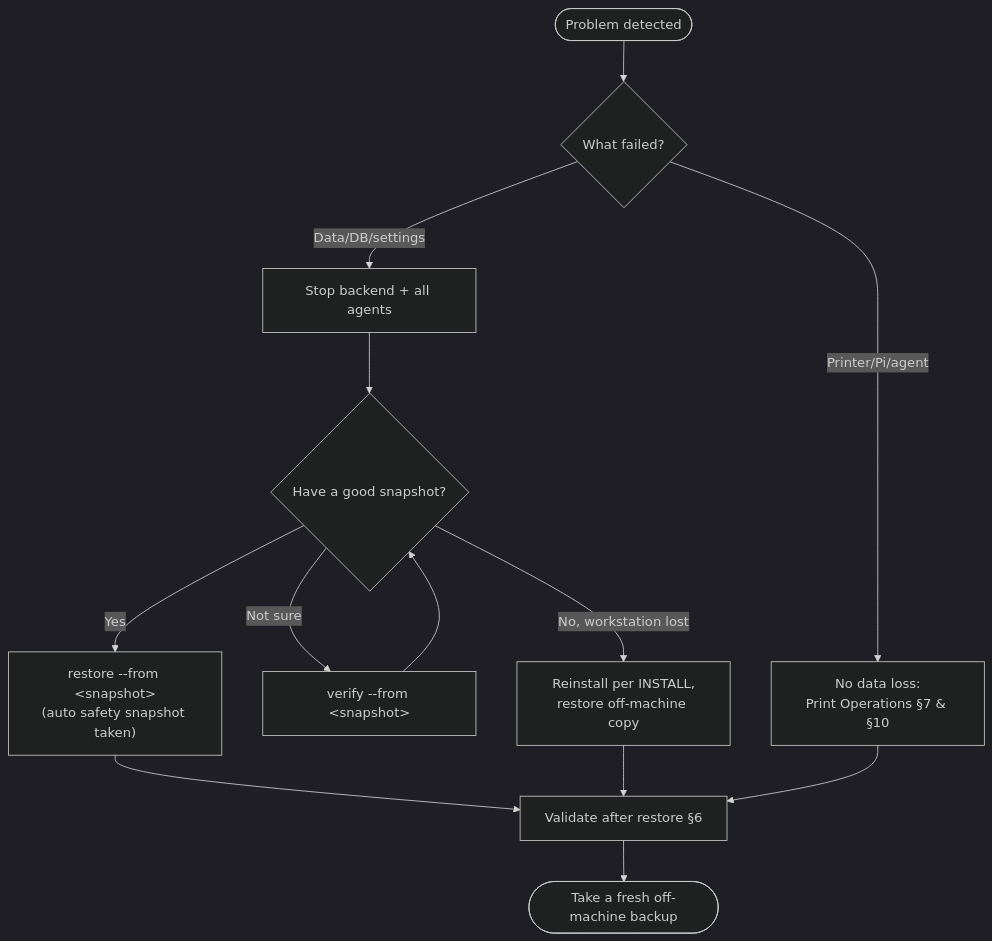
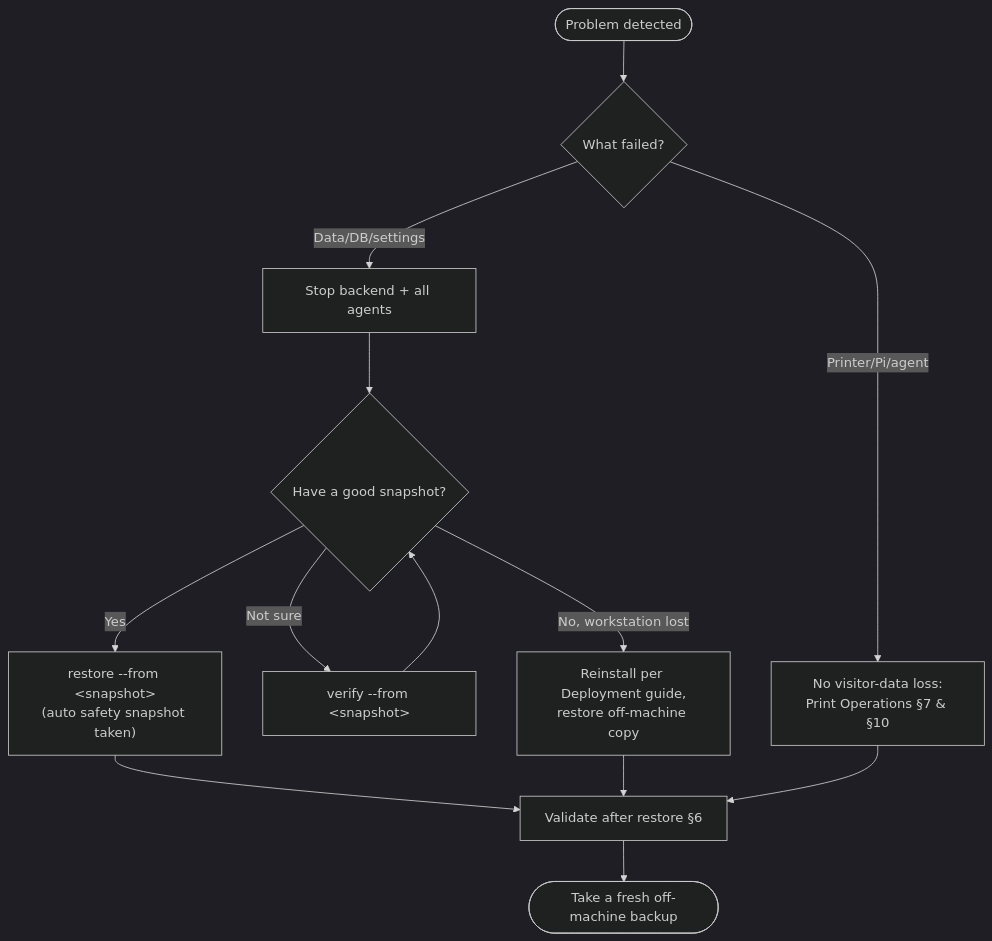
The diagram in docs/03-Operations/BackupAndRecovery.md (stemy-msft/PBC-Guest-Kiosk), drawn with Mermaid (dark theme) before and after one commit. The commit also changed other lines of this file and 27 other files, not shown here.

````diff
--- a/docs/03-Operations/BackupAndRecovery.md
+++ b/docs/03-Operations/BackupAndRecovery.md
@@ -156,15 +159,15 @@
 ```mermaid
 flowchart TD
     Start([Problem detected]) --> Kind{What failed?}
-    Kind -- Printer/Pi/agent --> Print[No data loss:<br/>Print Operations §7 & §10]
+    Kind -- Printer/Pi/agent --> Print[No visitor-data loss:<br/>Print Operations §7 & §10]
     Kind -- Data/DB/settings --> Stop[Stop backend + all agents]
     Stop --> Have{Have a good snapshot?}
     Have -- Not sure --> Verify["verify --from &lt;snapshot&gt;"]
     Verify --> Have
     Have -- Yes --> Restore["restore --from &lt;snapshot&gt;<br/>(auto safety snapshot taken)"]
-    Have -- No, workstation lost --> Reinstall[Reinstall per INSTALL,<br/>restore off-machine copy]
+    Have -- No, workstation lost --> Reinstall[Reinstall per Deployment guide,<br/>restore off-machine copy]
     Restore --> Validate[Validate after restore §6]
     Reinstall --> Validate
     Print --> Validate
     Validate --> Backup([Take a fresh off-machine backup])
 ```
````
